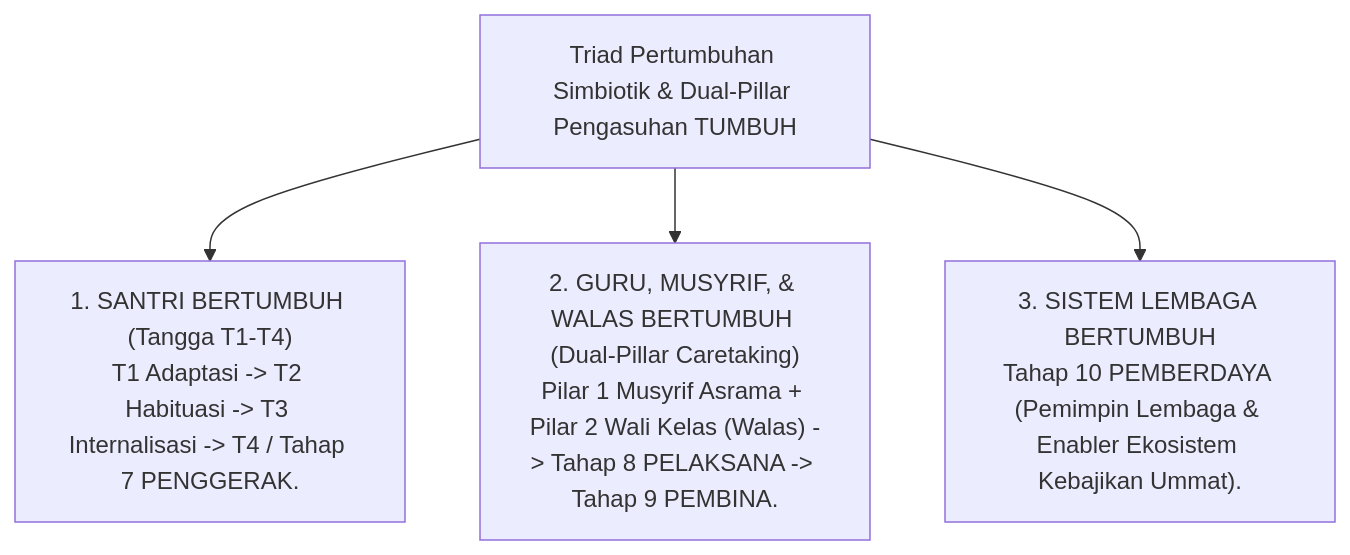
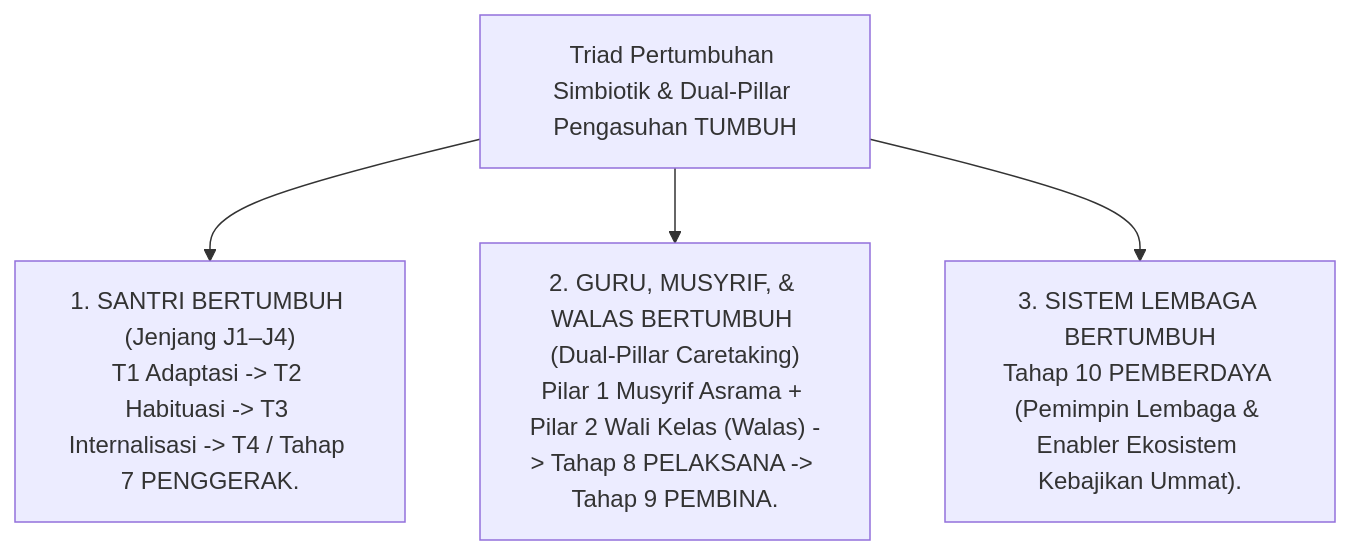
Before and after one commit to wandiapriliyandi/tumbuh: the diagram in README.md, drawn with Mermaid. The commit also changed other lines of this file and 209 other files, not shown here.

````diff
--- a/README.md
+++ b/README.md
@@ -12,7 +12,7 @@
 ```mermaid
 graph TD
     TriadRoot["Triad Pertumbuhan Simbiotik & Dual-Pillar Pengasuhan TUMBUH"]
-    TriadRoot --> SantriGrowth["1. SANTRI BERTUMBUH (Tangga T1-T4)<br/>T1 Adaptasi -> T2 Habituasi -> T3 Internalisasi -> T4 / Tahap 7 PENGGERAK."]
+    TriadRoot --> SantriGrowth["1. SANTRI BERTUMBUH (Jenjang J1–J4)<br/>T1 Adaptasi -> T2 Habituasi -> T3 Internalisasi -> T4 / Tahap 7 PENGGERAK."]
     TriadRoot --> EducatorGrowth["2. GURU, MUSYRIF, & WALAS BERTUMBUH (Dual-Pillar Caretaking)<br/>Pilar 1 Musyrif Asrama + Pilar 2 Wali Kelas (Walas) -> Tahap 8 PELAKSANA -> Tahap 9 PEMBINA."]
     TriadRoot --> SystemGrowth["3. SISTEM LEMBAGA BERTUMBUH<br/>Tahap 10 PEMBERDAYA (Pemimpin Lembaga & Enabler Ekosistem Kebajikan Ummat)."]
 ```
````
